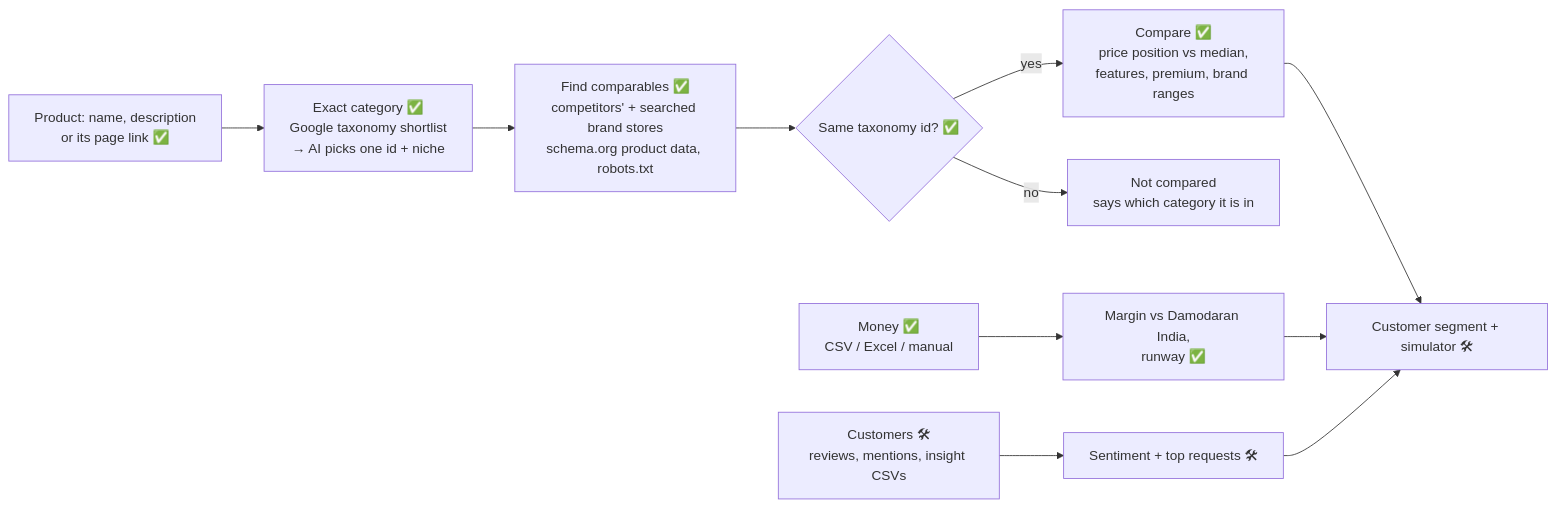
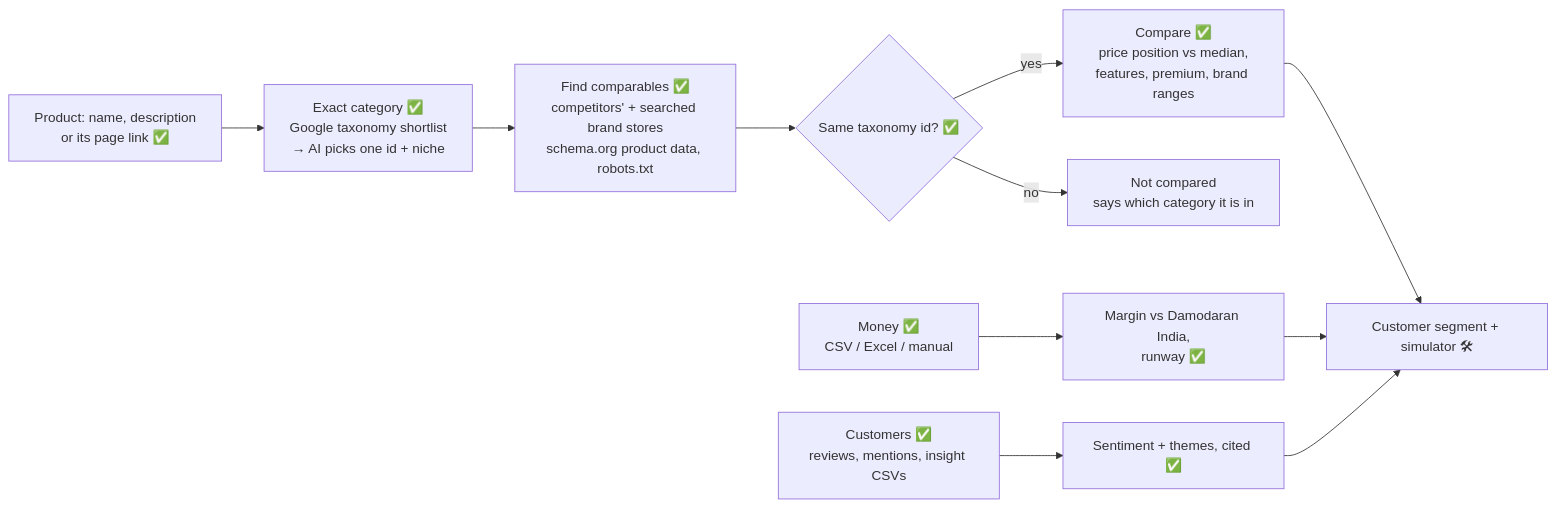
One commit to Niranjan-cyber/rivallens changed the third of 4 diagrams in docs/deck/PPT-CONTENT.md. Above: the diagram before and after it, drawn with Mermaid. The commit also changed other lines of this file and 5 other files, not shown here.

````diff
--- a/docs/deck/PPT-CONTENT.md
+++ b/docs/deck/PPT-CONTENT.md
@@ -130,13 +130,13 @@
 ```mermaid
 flowchart LR
   PR[Product: name, description<br/>or its page link ✅] --> CAT[Exact category ✅<br/>Google taxonomy shortlist<br/>→ AI picks one id + niche]
   CAT --> FIND[Find comparables ✅<br/>competitors' + searched brand stores<br/>schema.org product data, robots.txt]
   FIND --> SAME{Same taxonomy id? ✅}
   SAME -- yes --> CMP[Compare ✅<br/>price position vs median,<br/>features, premium, brand ranges]
   SAME -- no --> DROP[Not compared<br/>says which category it is in]
   MO[Money ✅<br/>CSV / Excel / manual] --> MM[Margin vs Damodaran India,<br/>runway ✅]
-  CU[Customers 🛠<br/>reviews, mentions, insight CSVs] --> CS[Sentiment + top requests 🛠]
+  CU[Customers ✅<br/>reviews, mentions, insight CSVs] --> CS[Sentiment + themes, cited ✅]
   CMP --> SEG[Customer segment + simulator 🛠]
   MM --> SEG
   CS --> SEG
 ```
````
